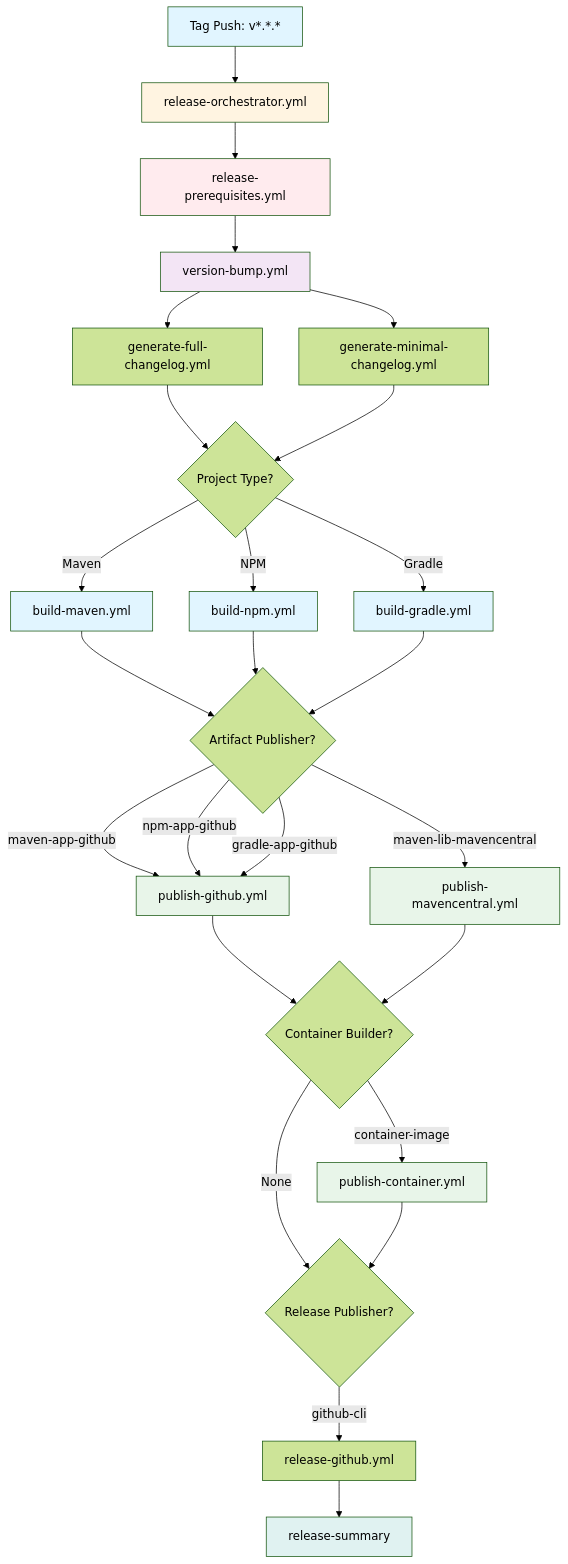
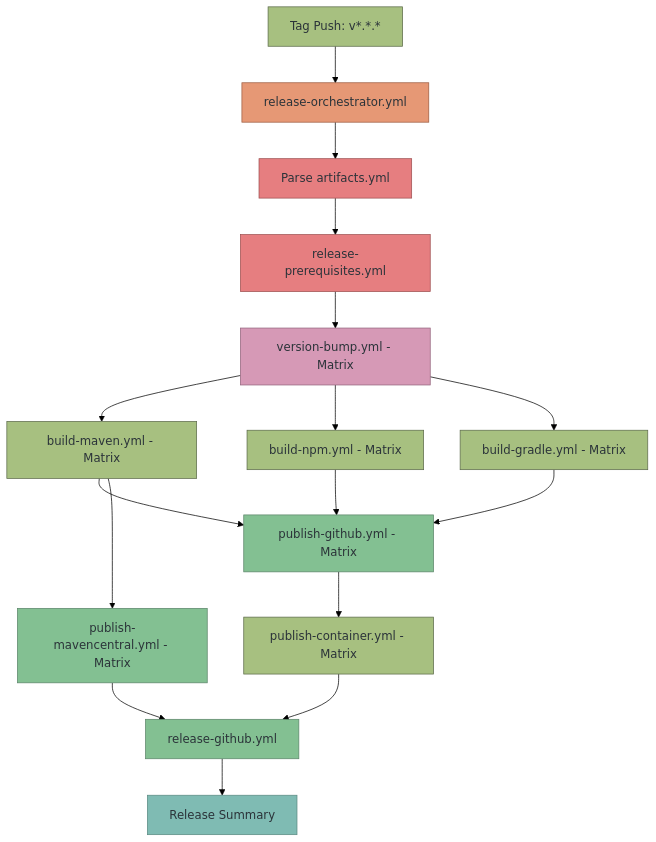
Before and after one commit to diggsweden/reusable-ci: the second of 6 diagrams in docs/workflows.md, drawn with Mermaid (forest theme). The commit also changed other lines of this file and 17 other files, not shown here.

````diff
--- a/docs/workflows.md
+++ b/docs/workflows.md
@@ -48,46 +35,38 @@
 ```mermaid
 graph TD
     A[Tag Push: v*.*.* ] --> B[release-orchestrator.yml]
-    B --> C[release-prerequisites.yml]
-    C --> D[version-bump.yml]
-    D --> E1[generate-full-changelog.yml]
-    D --> E2[generate-minimal-changelog.yml]
-    E1 --> F{Project Type?}
-    E2 --> F
+    B --> C[Parse artifacts.yml]
+    C --> D[release-prerequisites.yml]
+    D --> E[version-bump.yml - Matrix]
+    
+    E --> F[build-maven.yml - Matrix]
+    E --> G[build-npm.yml - Matrix]
+    E --> H[build-gradle.yml - Matrix]
+    
+    F --> I[publish-github.yml - Matrix]
+    G --> I
+    H --> I
+    
+    F --> J[publish-mavencentral.yml - Matrix]
+    
+    I --> K[publish-container.yml - Matrix]
+    
+    K --> L[release-github.yml]
+    J --> L
+    
+    L --> M[Release Summary]
 
-    F -->|Maven| G1[build-maven.yml]
-    F -->|NPM| G2[build-npm.yml]
-    F -->|Gradle| G3[build-gradle.yml]
-
-    G1 --> H{Artifact Publisher?}
-    G2 --> H
-    G3 --> H
-
-    H -->|maven-app-github| I1[publish-github.yml]
-    H -->|npm-app-github| I1
-    H -->|gradle-app-github| I1
-    H -->|maven-lib-mavencentral| I2[publish-mavencentral.yml]
-
-    I1 --> J{Container Builder?}
-    I2 --> J
-
-    J -->|container-image| K[publish-container.yml]
-    J -->|None| L{Release Publisher?}
-    K --> L
-
-    L -->|github-cli| M[release-github.yml]
-
-    M --> N[release-summary]
-
-    style A fill:#e1f5ff
-    style B fill:#fff4e1
-    style C fill:#ffebee
-    style D fill:#f3e5f5
-    style G1 fill:#e1f5ff
-    style G2 fill:#e1f5ff
-    style G3 fill:#e1f5ff
-    style I1 fill:#e8f5e9
-    style I2 fill:#e8f5e9
-    style K fill:#e8f5e9
-    style N fill:#e0f2f1
+    style A fill:#a7c080,stroke:#5c6a4a,color:#2b3339
+    style B fill:#e69875,stroke:#9d5c41,color:#2b3339
+    style C fill:#e67e80,stroke:#9d4f50,color:#2b3339
+    style D fill:#e67e80,stroke:#9d4f50,color:#2b3339
+    style E fill:#d699b6,stroke:#93647c,color:#2b3339
+    style F fill:#a7c080,stroke:#5c6a4a,color:#2b3339
+    style G fill:#a7c080,stroke:#5c6a4a,color:#2b3339
+    style H fill:#a7c080,stroke:#5c6a4a,color:#2b3339
+    style I fill:#83c092,stroke:#5c856a,color:#2b3339
+    style J fill:#83c092,stroke:#5c856a,color:#2b3339
+    style K fill:#a7c080,stroke:#5c6a4a,color:#2b3339
+    style L fill:#83c092,stroke:#5c856a,color:#2b3339
+    style M fill:#7fbbb3,stroke:#5a8a82,color:#2b3339
 ```
````
